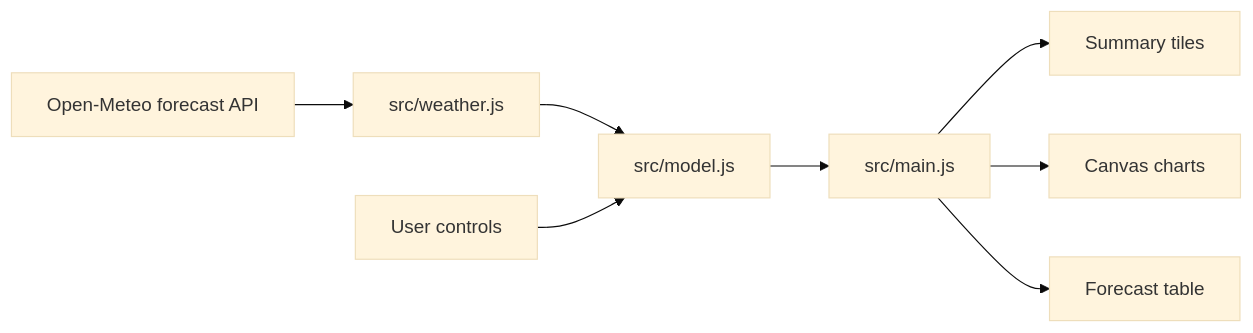
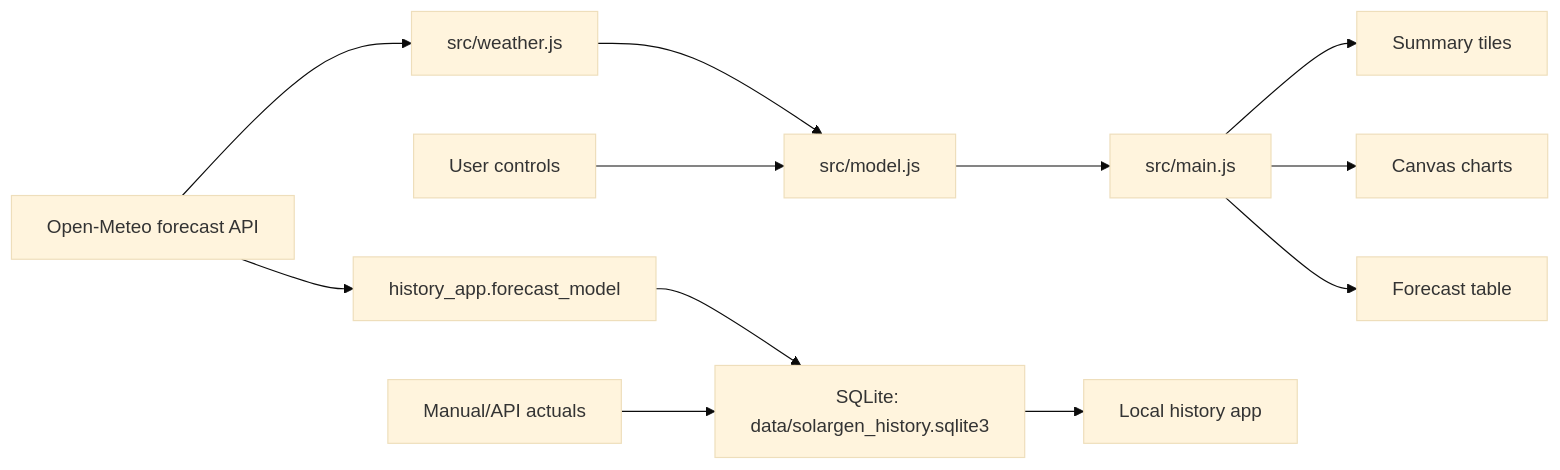
Before and after one commit to quantbj/SolarGen: the diagram in docs/solution-architecture.md, drawn with Mermaid (base theme). The commit also changed other lines of this file and 16 other files, not shown here.

First line of the commit message:
Add local forecast history database

````diff
--- a/docs/solution-architecture.md
+++ b/docs/solution-architecture.md
@@ -7,10 +7,14 @@
 ```mermaid
 flowchart LR
   A["Open-Meteo forecast API"] --> B["src/weather.js"]
   B --> C["src/model.js"]
   D["User controls"] --> C
   C --> E["src/main.js"]
   E --> F["Summary tiles"]
   E --> G["Canvas charts"]
   E --> H["Forecast table"]
+  A --> I["history_app.forecast_model"]
+  I --> J["SQLite: data/solargen_history.sqlite3"]
+  K["Manual/API actuals"] --> J
+  J --> L["Local history app"]
 ```
````
